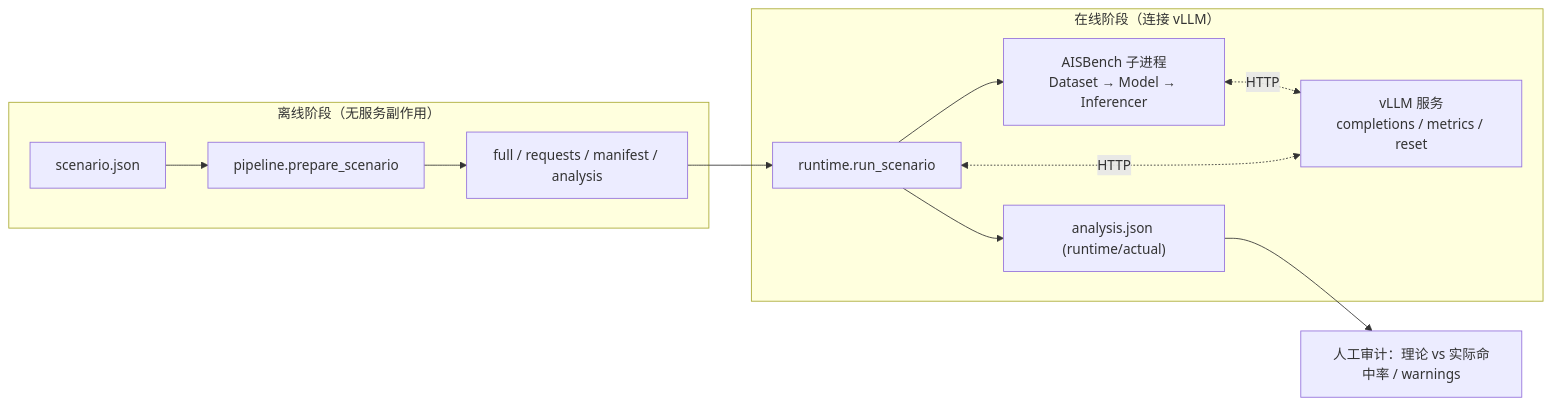
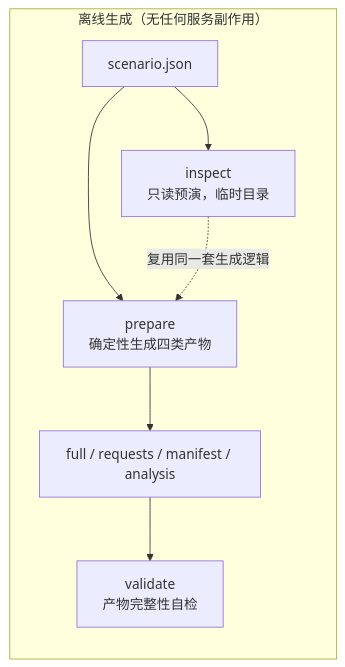
One commit to AISBench/benchmark changed the fourth of 4 diagrams in plugins/prefix_cache/ARCHITECTURE.md. Above: the diagram before and after it, drawn with Mermaid. The commit also changed other lines of this file and 22 other files, not shown here.

Commit message:
生成前缀缓存数据集：仅保留 inspect/prepare/validate 离线功能

````diff
--- a/plugins/prefix_cache/ARCHITECTURE.md
+++ b/plugins/prefix_cache/ARCHITECTURE.md
@@ -250,15 +132,10 @@
 ```mermaid
 flowchart LR
-    subgraph OFFLINE["离线阶段（无服务副作用）"]
-        S["scenario.json"] --> GEN["pipeline.prepare_scenario"]
-        GEN --> AR["full / requests / manifest / analysis"]
+    subgraph OFFLINE["离线生成（无任何服务副作用）"]
+        S["scenario.json"] --> INS["inspect<br/>只读预演，临时目录"]
+        S --> PREP["prepare<br/>确定性生成四类产物"]
+        PREP --> AR["full / requests / manifest / analysis"]
+        AR --> VAL["validate<br/>产物完整性自检"]
+        INS -.复用同一套生成逻辑.-> PREP
     end
-    subgraph ONLINE["在线阶段（连接 vLLM）"]
-        AR --> RUN["runtime.run_scenario"]
-        VLLM["vLLM 服务<br/>completions / metrics / reset"] <-. HTTP .-> RUN
-        RUN --> SUB["AISBench 子进程<br/>Dataset → Model → Inferencer"]
-        SUB <-. HTTP .-> VLLM
-        RUN --> AR2["analysis.json (runtime/actual)"]
-    end
-    AR2 --> REPORT["人工审计：理论 vs 实际命中率 / warnings"]
 ```
````
